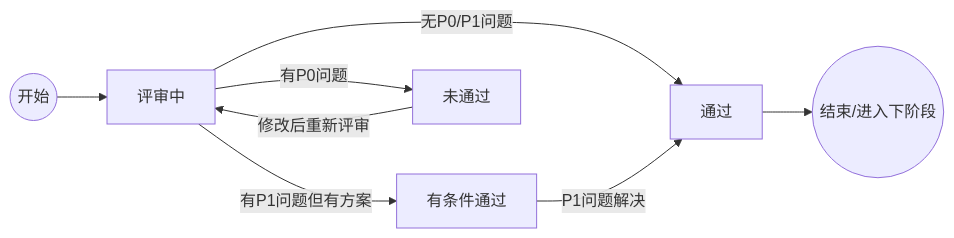
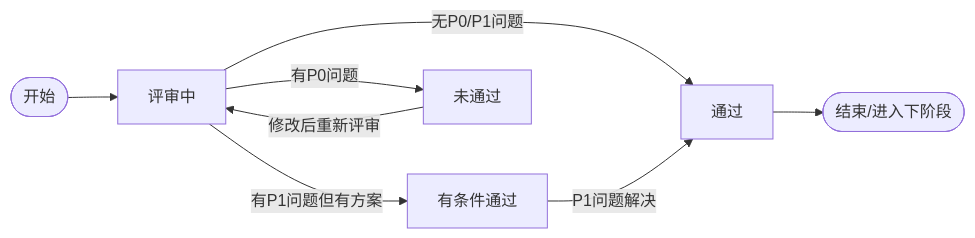
Before and after one commit to Taskon-xyz/PR: the ninth of 12 diagrams in 开发流程图.md, drawn with Mermaid. The commit also changed other lines of this file and 1 other file, not shown here.

````diff
--- a/开发流程图.md
+++ b/开发流程图.md
@@ -137,10 +215,10 @@
 ```mermaid
-graph LR
-    Start((开始)) --> A[评审中]
+flowchart LR
+    Start([开始]) --> A[评审中]
     A -->|无P0/P1问题| B[通过]
     A -->|有P1问题但有方案| C[有条件通过]
     A -->|有P0问题| D[未通过]
     C -->|P1问题解决| B
     D -->|修改后重新评审| A
-    B --> End((结束/进入下阶段))
+    B --> End([结束/进入下阶段])
 ```
````
